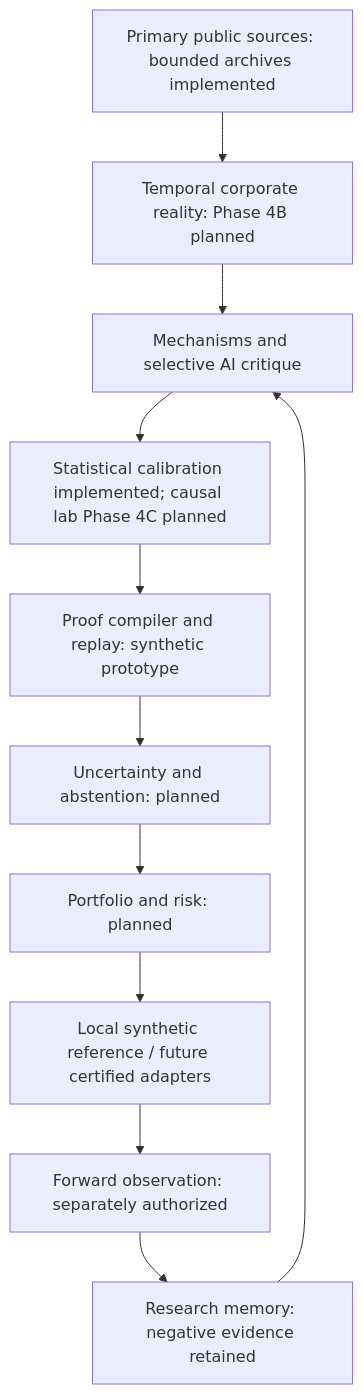
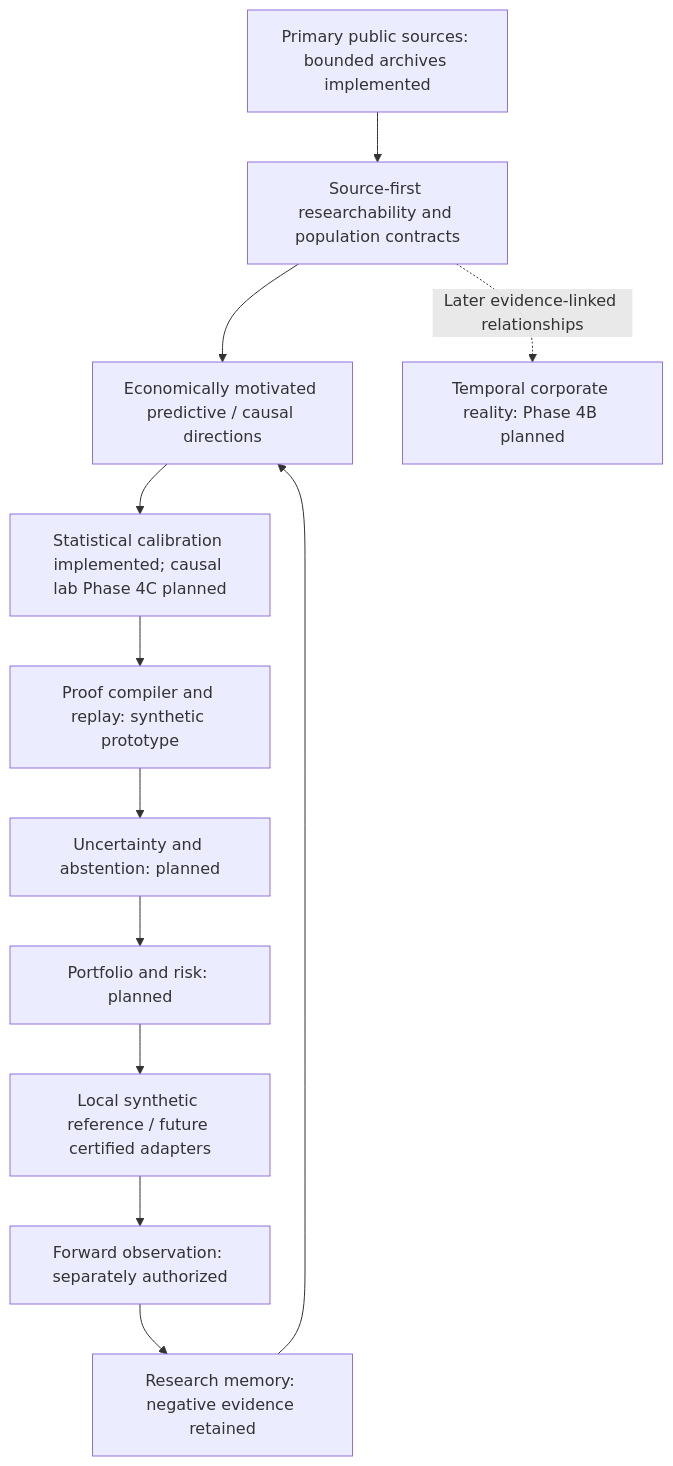
Before and after one commit to jarems421/ai-assisted-quantitative-research: the diagram in docs/acceleration/master_plan.md, drawn with Mermaid. The commit also changed other lines of this file and 10 other files, not shown here.

Commit message:
Adopt source-first direction with SEC planning recommendation and predictive claim gates

````diff
--- a/docs/acceleration/master_plan.md
+++ b/docs/acceleration/master_plan.md
@@ -40,13 +40,14 @@
 ```mermaid
 flowchart TD
-  Sources[Primary public sources: bounded archives implemented] --> Reality[Temporal corporate reality: Phase 4B planned]
-  Reality --> Mechanisms[Mechanisms and selective AI critique]
+  Sources[Primary public sources: bounded archives implemented] --> Surface[Source-first researchability and population contracts]
+  Surface --> Mechanisms[Economically motivated predictive / causal directions]
+  Surface -. Later evidence-linked relationships .-> Reality[Temporal corporate reality: Phase 4B planned]
   Mechanisms --> Lab[Statistical calibration implemented; causal lab Phase 4C planned]
   Lab --> Compiler[Proof compiler and replay: synthetic prototype]
   Compiler --> Uncertainty[Uncertainty and abstention: planned]
   Uncertainty --> Risk[Portfolio and risk: planned]
   Risk --> Adapters[Local synthetic reference / future certified adapters]
   Adapters --> Forward[Forward observation: separately authorized]
   Forward --> Memory[Research memory: negative evidence retained]
   Memory --> Mechanisms
 ```
````
